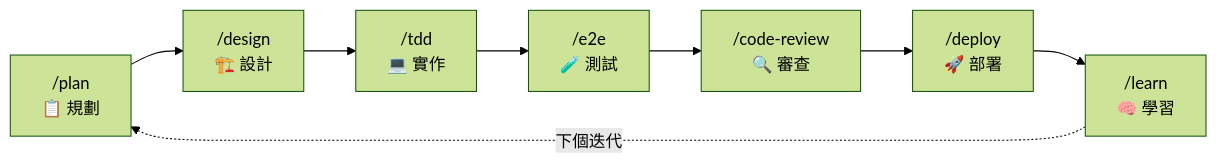
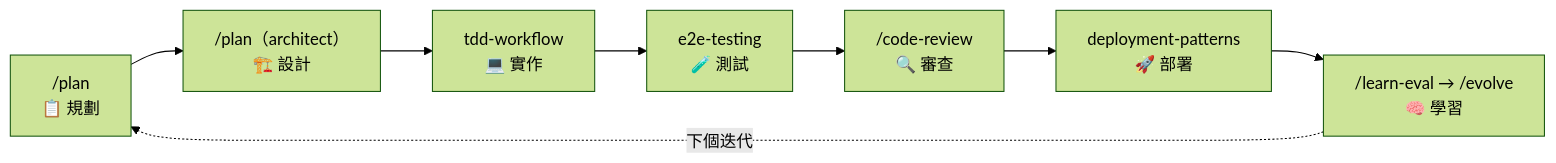
Diagram 11 of 26 in content/posts/教學/AI開發/Everything Claude Code 教學手冊.md (chihhung/Blog), drawn with Mermaid (forest theme) before and after one commit. The commit also changed other lines of this file and 6 other files, not shown here.

Commit message:
docs: content update and add archify and diagram-design 教學手冊

````diff
--- a/content/posts/教學/AI開發/Everything Claude Code 教學手冊.md
+++ b/content/posts/教學/AI開發/Everything Claude Code 教學手冊.md
@@ -1599,10 +1945,10 @@
 ```mermaid
 graph LR
-    P["/plan<br/>📋 規劃"] --> D["/design<br/>🏗️ 設計"]
-    D --> I["/tdd<br/>💻 實作"]
-    I --> T["/e2e<br/>🧪 測試"]
+    P["/plan<br/>📋 規劃"] --> D["/plan（architect）<br/>🏗️ 設計"]
+    D --> I["tdd-workflow<br/>💻 實作"]
+    I --> T["e2e-testing<br/>🧪 測試"]
     T --> R["/code-review<br/>🔍 審查"]
-    R --> Deploy["/deploy<br/>🚀 部署"]
-    Deploy --> Learn["/learn<br/>🧠 學習"]
+    R --> Deploy["deployment-patterns<br/>🚀 部署"]
+    Deploy --> Learn["/learn-eval → /evolve<br/>🧠 學習"]
     Learn -.->|"下個迭代"| P
 ```
````
